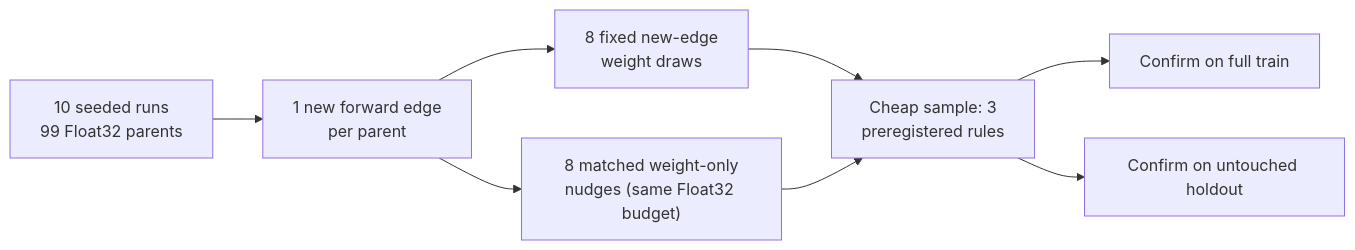
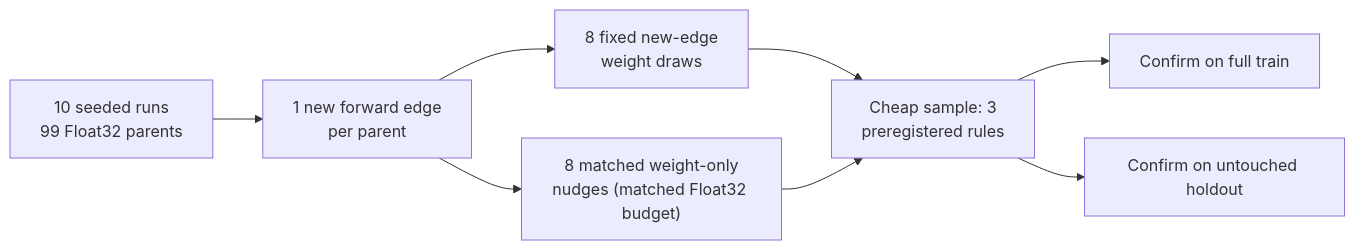
The diagram in docs/archive/pr-summaries/pr-summary-4162.md (stSoftwareAU/NEAT-AI), drawn with Mermaid before and after one commit. The commit also changed other lines of this file and 1 other file, not shown here.

First line of the commit message:
docs: correct matched-budget and train-confirmation claims (PR #4173 review)

````diff
--- a/docs/archive/pr-summaries/pr-summary-4162.md
+++ b/docs/archive/pr-summaries/pr-summary-4162.md
@@ -99,10 +102,10 @@
 ```mermaid
 flowchart LR
     P["10 seeded runs<br/>99 Float32 parents"] --> E["1 new forward edge<br/>per parent"]
     E --> T["8 fixed new-edge<br/>weight draws"]
-    E --> W["8 matched weight-only<br/>nudges (same Float32 budget)"]
+    E --> W["8 matched weight-only<br/>nudges (matched Float32 budget)"]
     T --> C["Cheap sample: 3<br/>preregistered rules"]
     W --> C
     C --> F["Confirm on full train"]
     C --> H["Confirm on untouched holdout"]
 ```
````
